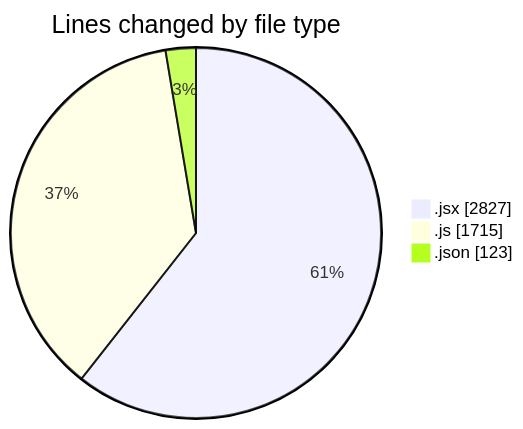
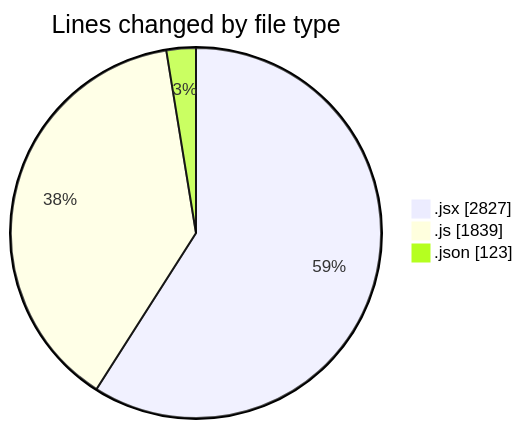
One commit to nxtqubesakshisongat/code-tracking changed the first of 2 diagrams in 2025-12-28/nxtqube_webapp/README.md. Above: the diagram before and after it, drawn with Mermaid. The commit also changed other lines of this file and 1 other file, not shown here.

````diff
--- a/2025-12-28/nxtqube_webapp/README.md
+++ b/2025-12-28/nxtqube_webapp/README.md
@@ -27,7 +27,7 @@
 ```mermaid
 pie showData
 title Lines changed by file type
 ".jsx" : 2827
-".js" : 1715
+".js" : 1839
 ".json" : 123
 ```
````
